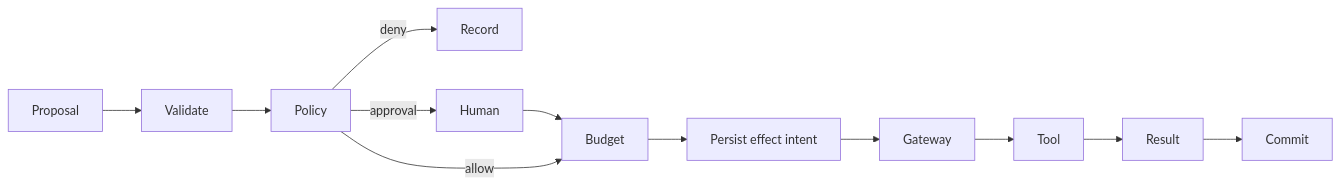
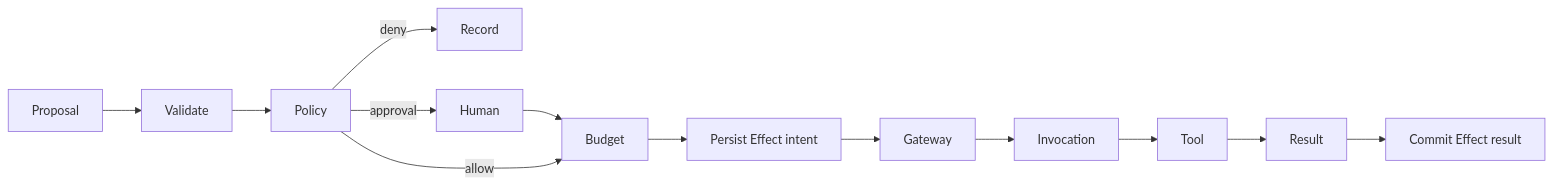
One commit to thaithienvanid/agentic-reference-architecture changed the ninth of 15 diagrams in diagrams/index.mdx. Above: the diagram before and after it, drawn with Mermaid. The commit also changed other lines of this file, not shown here.

Commit message:
align diagram pack with canonical documentation and runtime model

````diff
--- a/diagrams/index.mdx
+++ b/diagrams/index.mdx
@@ -166,11 +192,11 @@
 ```mermaid
 flowchart LR
   Proposal --> Validate --> Policy
   Policy -->|deny| Record
   Policy -->|approval| Human
   Human --> Budget
   Policy -->|allow| Budget
-  Budget --> Intent["Persist effect intent"]
-  Intent --> Gateway --> Tool
-  Tool --> Result --> Commit
+  Budget --> Intent["Persist Effect intent"]
+  Intent --> Gateway --> Invocation --> Tool
+  Tool --> Result --> Commit["Commit Effect result"]
 ```
````
